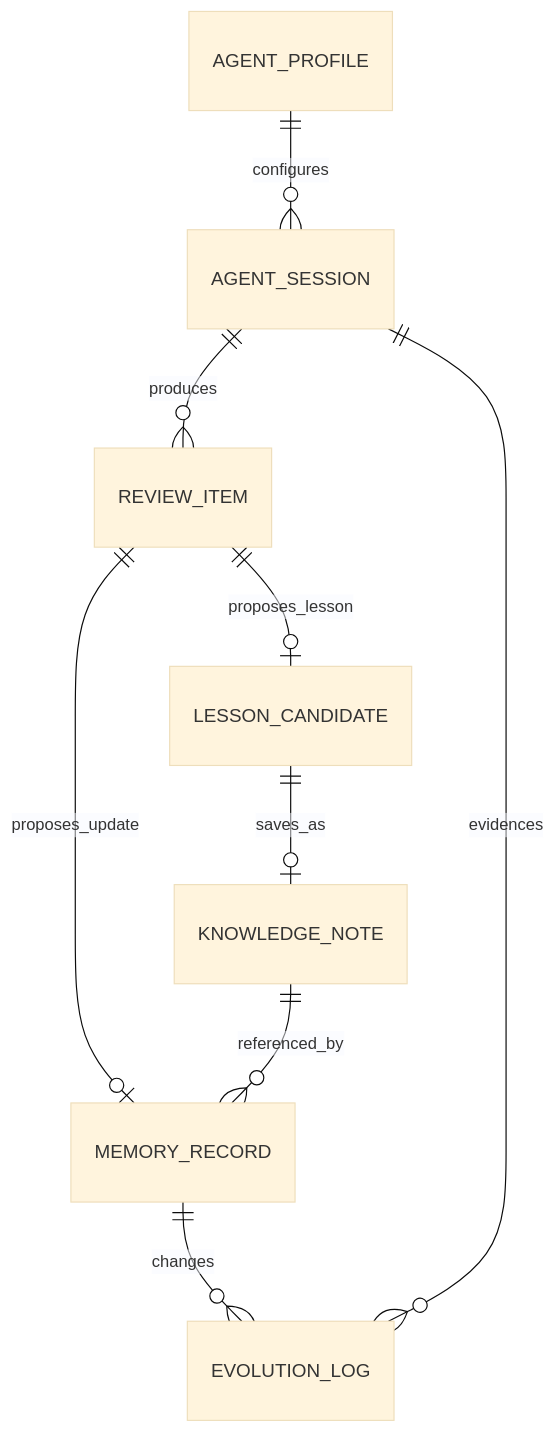
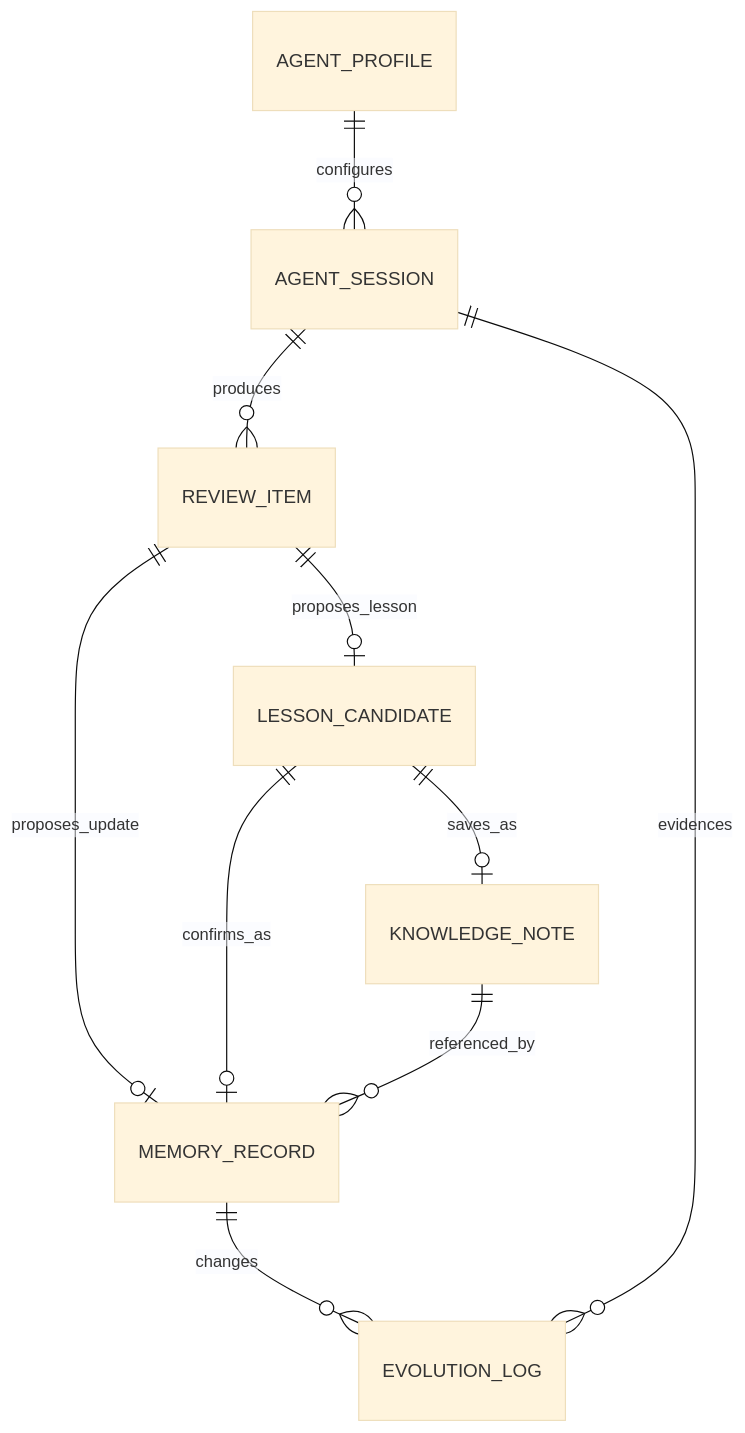
Before and after one commit to zhuxining/MindClaw: the first of 3 diagrams in docs/architecture/00-overview.md, drawn with Mermaid (base theme). The commit also changed other lines of this file and 17 other files, not shown here.

Commit message:
Refine architecture docs for vault-backed config

````diff
--- a/docs/architecture/00-overview.md
+++ b/docs/architecture/00-overview.md
@@ -115,11 +115,12 @@
 ```mermaid
 erDiagram
     AGENT_PROFILE ||--o{ AGENT_SESSION : configures
     AGENT_SESSION ||--o{ REVIEW_ITEM : produces
     REVIEW_ITEM ||--o| MEMORY_RECORD : proposes_update
     REVIEW_ITEM ||--o| LESSON_CANDIDATE : proposes_lesson
     MEMORY_RECORD ||--o{ EVOLUTION_LOG : changes
+    LESSON_CANDIDATE ||--o| MEMORY_RECORD : confirms_as
     LESSON_CANDIDATE ||--o| KNOWLEDGE_NOTE : saves_as
     KNOWLEDGE_NOTE ||--o{ MEMORY_RECORD : referenced_by
     AGENT_SESSION ||--o{ EVOLUTION_LOG : evidences
 ```
````
